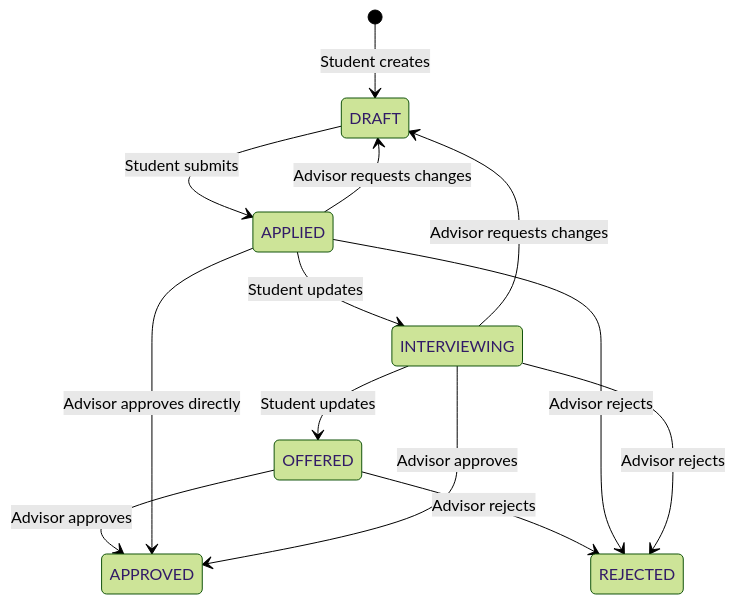
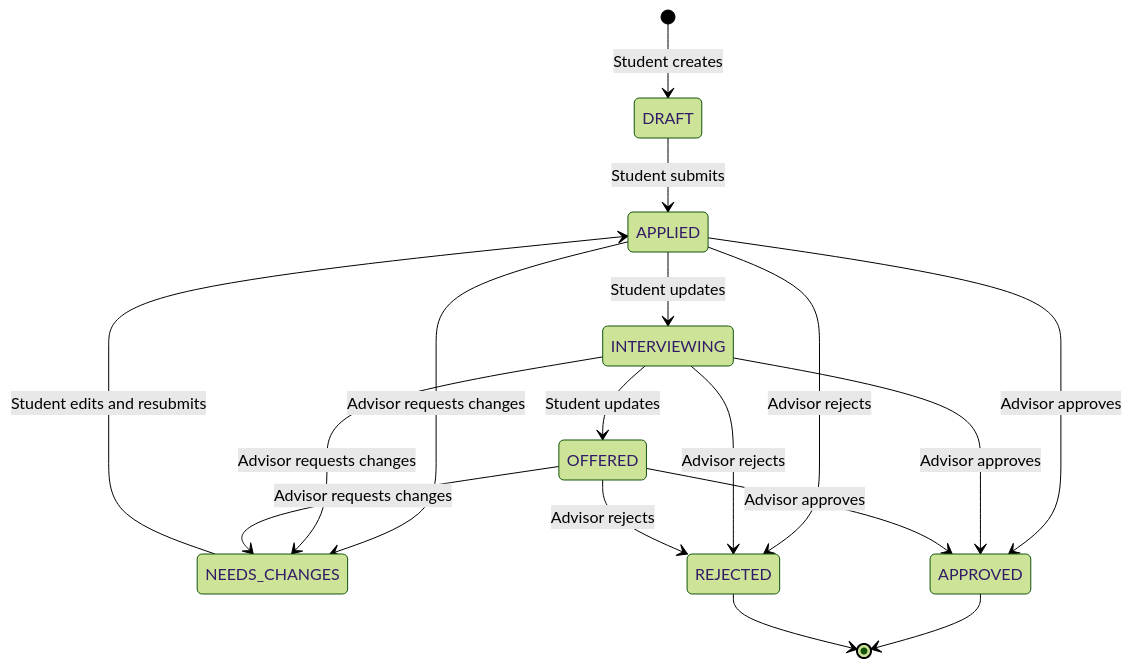
The diagram in docs/SPEC.md (Viris168/ip1--e20231270-), drawn with Mermaid (forest theme) before and after one commit. The commit also changed other lines of this file and 4 other files, not shown here.

Commit message:
docs(m2): API contract and ERD

````diff
--- a/docs/SPEC.md
+++ b/docs/SPEC.md
@@ -219,15 +219,19 @@
 ```mermaid
 stateDiagram-v2
     [*] --> DRAFT : Student creates
     DRAFT --> APPLIED : Student submits
     APPLIED --> INTERVIEWING : Student updates
     INTERVIEWING --> OFFERED : Student updates
+    APPLIED --> NEEDS_CHANGES : Advisor requests changes
+    INTERVIEWING --> NEEDS_CHANGES : Advisor requests changes
+    OFFERED --> NEEDS_CHANGES : Advisor requests changes
+    NEEDS_CHANGES --> APPLIED : Student edits and resubmits
+    APPLIED --> APPROVED : Advisor approves
+    INTERVIEWING --> APPROVED : Advisor approves
     OFFERED --> APPROVED : Advisor approves
+    APPLIED --> REJECTED : Advisor rejects
+    INTERVIEWING --> REJECTED : Advisor rejects
     OFFERED --> REJECTED : Advisor rejects
-    APPLIED --> APPROVED : Advisor approves directly
-    APPLIED --> REJECTED : Advisor rejects
-    APPLIED --> DRAFT : Advisor requests changes
-    INTERVIEWING --> APPROVED : Advisor approves
-    INTERVIEWING --> REJECTED : Advisor rejects
-    INTERVIEWING --> DRAFT : Advisor requests changes
+    APPROVED --> [*]
+    REJECTED --> [*]
 ```
````
